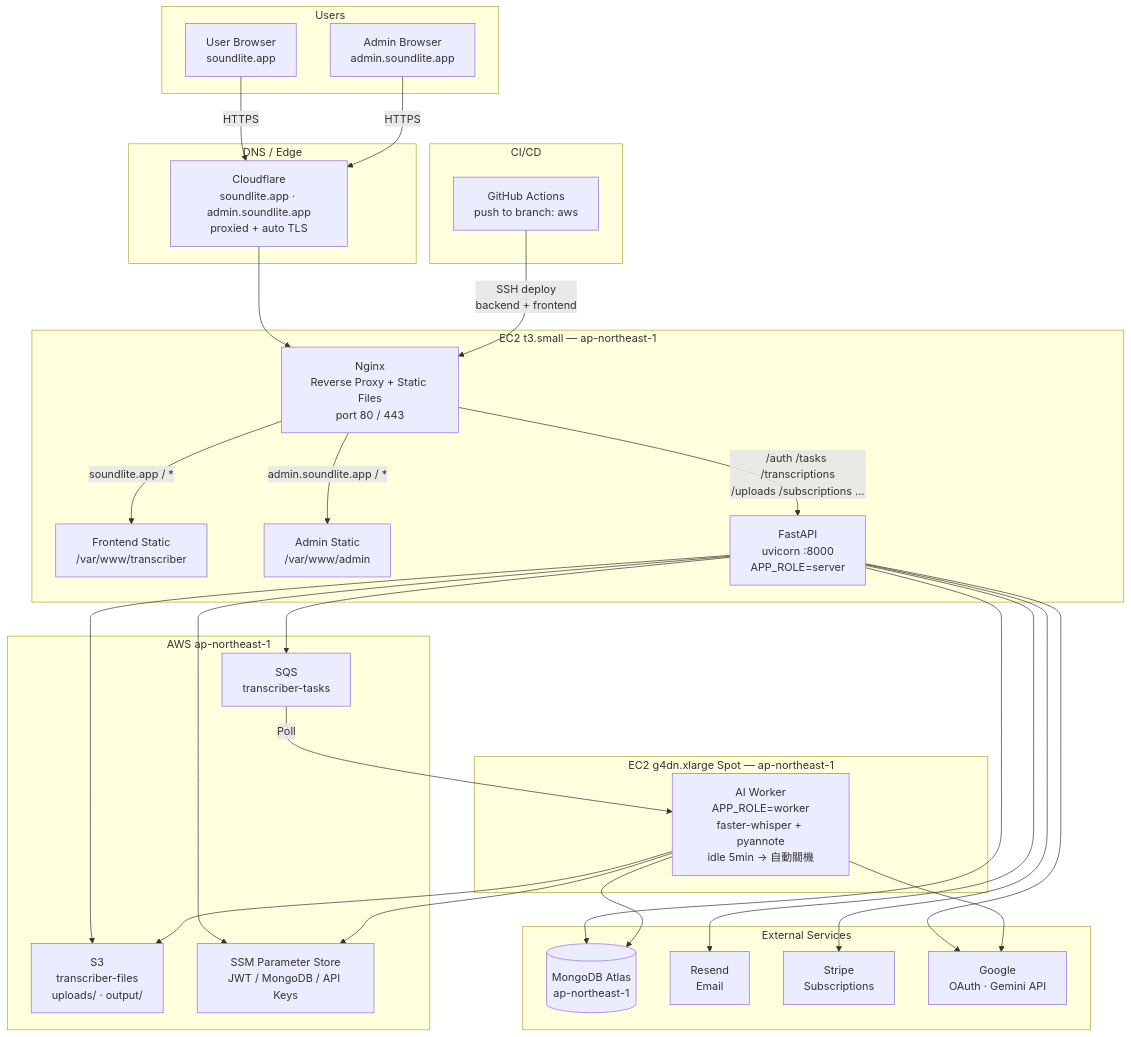
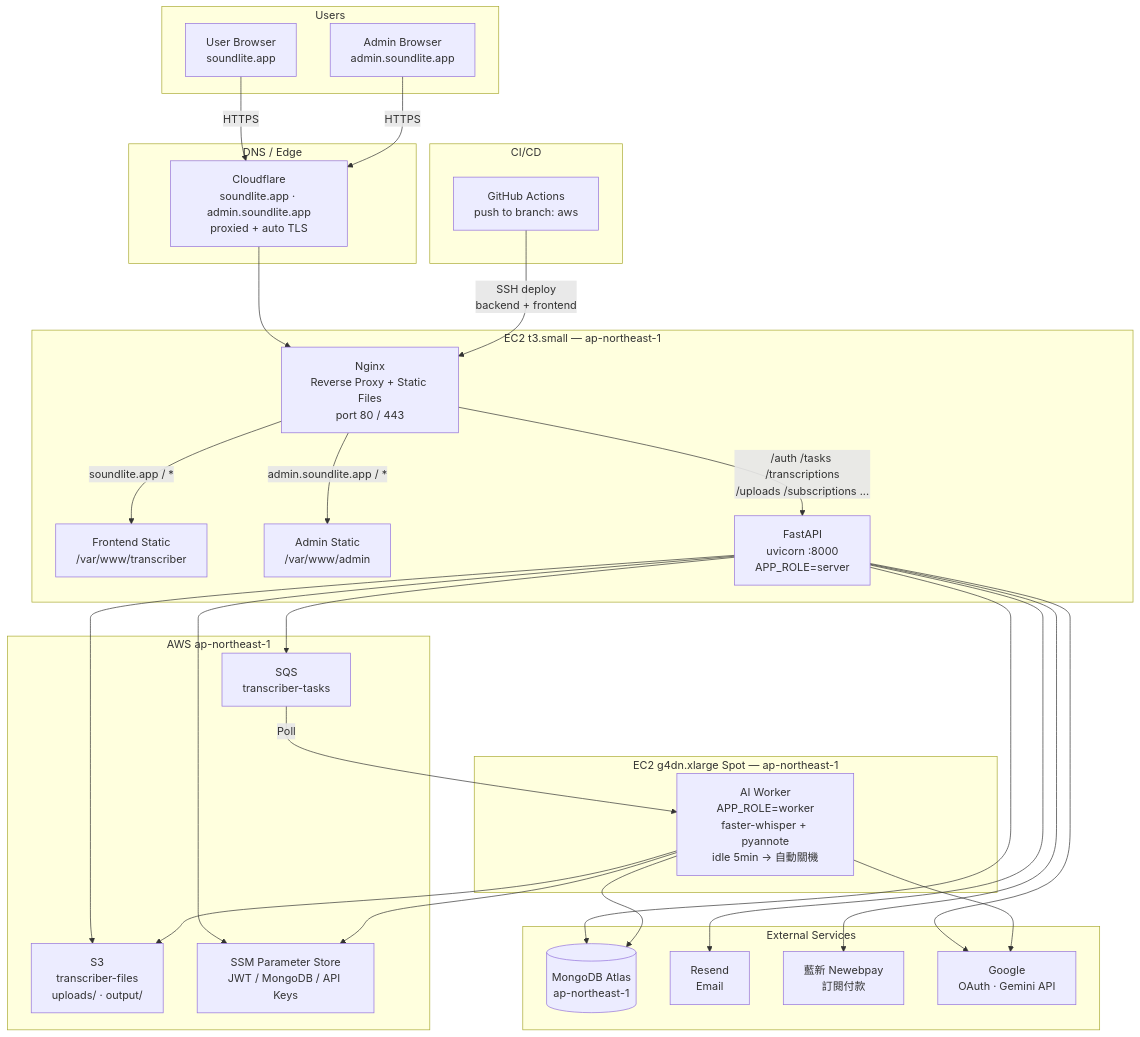
The first of 2 diagrams in README.md (Hsin-Kuo/transcriber), drawn with Mermaid before and after one commit. The commit also changed 5 other files, not shown here.

````diff
--- a/README.md
+++ b/README.md
@@ -126,62 +126,62 @@
 ```mermaid
 graph TB
     subgraph "Users"
         U[User Browser<br/>soundlite.app]
         A[Admin Browser<br/>admin.soundlite.app]
     end
 
     subgraph "DNS / Edge"
         CF[Cloudflare<br/>soundlite.app · admin.soundlite.app<br/>proxied + auto TLS]
     end
 
     subgraph "EC2 t3.small — ap-northeast-1"
         Nginx["Nginx<br/>Reverse Proxy + Static Files<br/>port 80 / 443"]
         FE["Frontend Static<br/>/var/www/transcriber"]
         AdminFE["Admin Static<br/>/var/www/admin"]
         API["FastAPI<br/>uvicorn :8000<br/>APP_ROLE=server"]
     end
 
     subgraph "AWS ap-northeast-1"
         SQS[SQS<br/>transcriber-tasks]
         S3[S3<br/>transcriber-files<br/>uploads/ · output/]
         SSM[SSM Parameter Store<br/>JWT / MongoDB / API Keys]
     end
 
     subgraph "EC2 g4dn.xlarge Spot — ap-northeast-1"
         Worker["AI Worker<br/>APP_ROLE=worker<br/>faster-whisper + pyannote<br/>idle 5min → 自動關機"]
     end
 
     subgraph "External Services"
         MongoDB[(MongoDB Atlas<br/>ap-northeast-1)]
         Resend[Resend<br/>Email]
-        Stripe[Stripe<br/>Subscriptions]
+        Newebpay[藍新 Newebpay<br/>訂閱付款]
         Google[Google<br/>OAuth · Gemini API]
     end
 
     subgraph "CI/CD"
         GHA["GitHub Actions<br/>push to branch: aws"]
     end
 
     U -->|HTTPS| CF
     A -->|HTTPS| CF
     CF --> Nginx
     Nginx -->|"soundlite.app / *"| FE
     Nginx -->|"admin.soundlite.app / *"| AdminFE
     Nginx -->|"/auth /tasks /transcriptions<br/>/uploads /subscriptions ..."| API
 
     API --> MongoDB
     API --> S3
     API --> SQS
     API --> SSM
     API --> Resend
-    API --> Stripe
+    API --> Newebpay
     API --> Google
 
     SQS -->|Poll| Worker
     Worker --> MongoDB
     Worker --> S3
     Worker --> SSM
     Worker --> Google
 
     GHA -->|"SSH deploy<br/>backend + frontend"| Nginx
 ```
````
